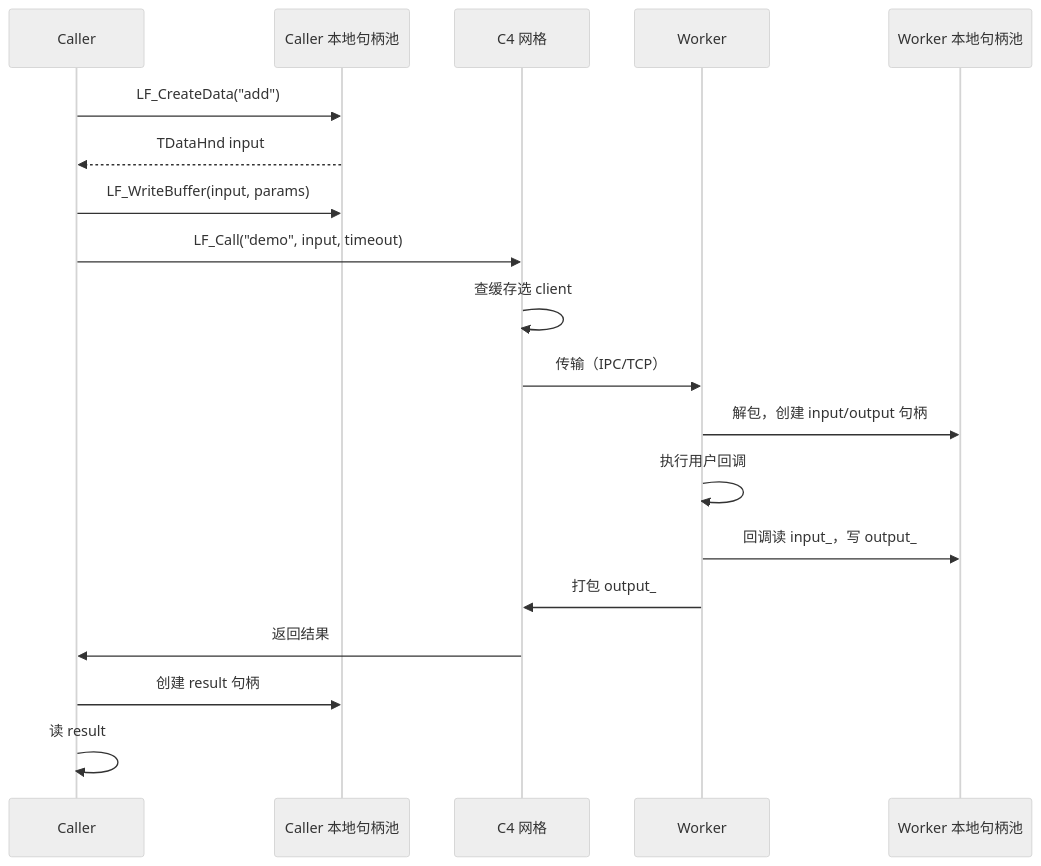
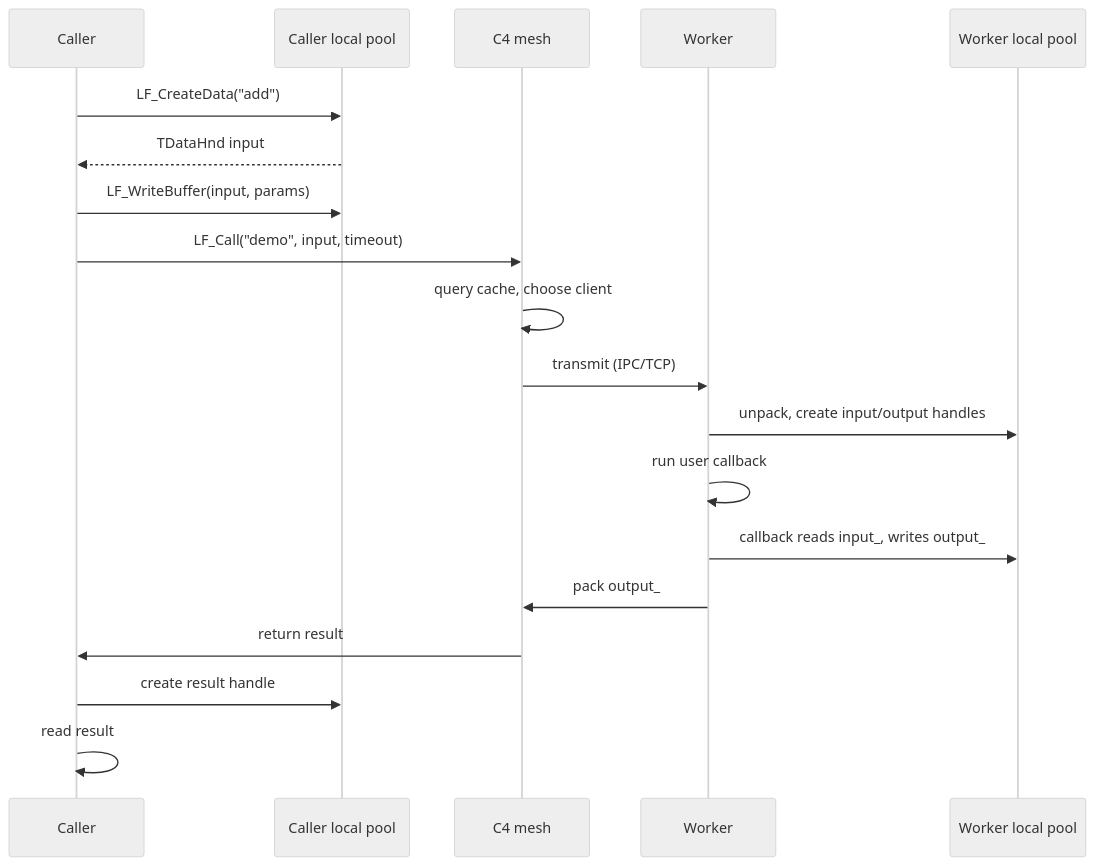
One commit to PassByYou888/LingoFuse changed diagram 11 of 26 in cpp/LingoFuse_Cpp_Knowledge_Base.md. Above: the diagram before and after it, drawn with Mermaid (neutral theme). The commit also changed other lines of this file, not shown here.

````diff
--- a/cpp/LingoFuse_Cpp_Knowledge_Base.md
+++ b/cpp/LingoFuse_Cpp_Knowledge_Base.md
@@ -277,22 +603,22 @@
 ```mermaid
 sequenceDiagram
     participant C as Caller
-    participant H1 as Caller 本地句柄池
-    participant MESH as C4 网格
+    participant H1 as Caller local pool
+    participant MESH as C4 mesh
     participant W as Worker
-    participant H2 as Worker 本地句柄池
+    participant H2 as Worker local pool
 
     C->>H1: LF_CreateData("add")
     H1-->>C: TDataHnd input
     C->>H1: LF_WriteBuffer(input, params)
     C->>MESH: LF_Call("demo", input, timeout)
-    MESH->>MESH: 查缓存选 client
-    MESH->>W: 传输（IPC/TCP）
-    W->>H2: 解包，创建 input/output 句柄
-    W->>W: 执行用户回调
-    W->>H2: 回调读 input_，写 output_
-    W->>MESH: 打包 output_
-    MESH->>C: 返回结果
-    C->>H1: 创建 result 句柄
-    C->>C: 读 result
+    MESH->>MESH: query cache, choose client
+    MESH->>W: transmit (IPC/TCP)
+    W->>H2: unpack, create input/output handles
+    W->>W: run user callback
+    W->>H2: callback reads input_, writes output_
+    W->>MESH: pack output_
+    MESH->>C: return result
+    C->>H1: create result handle
+    C->>C: read result
 ```
````
